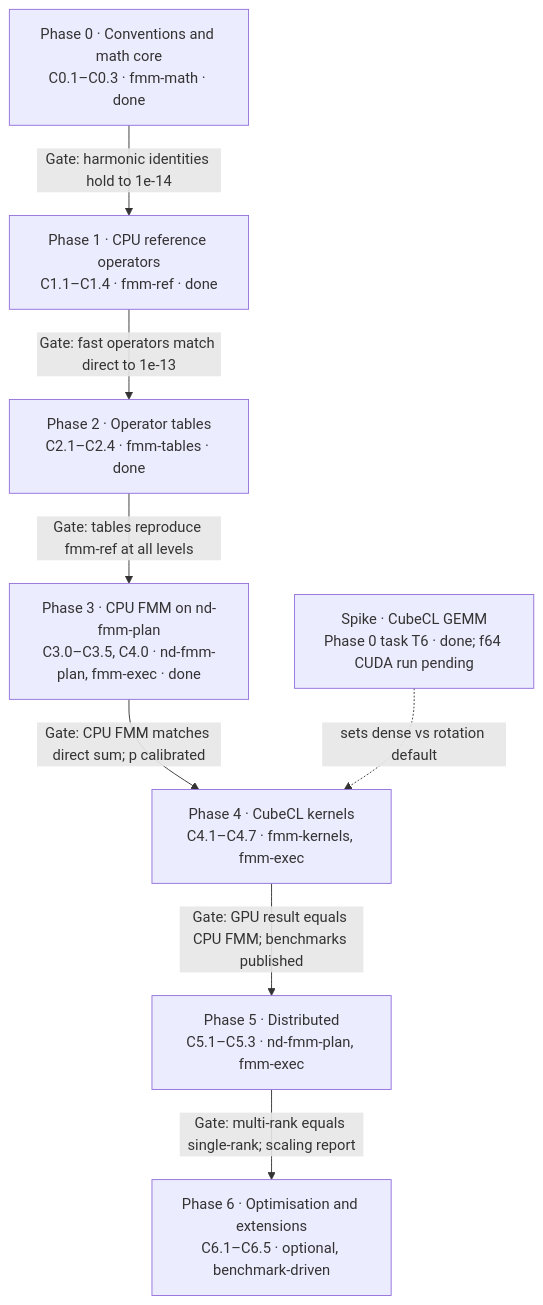
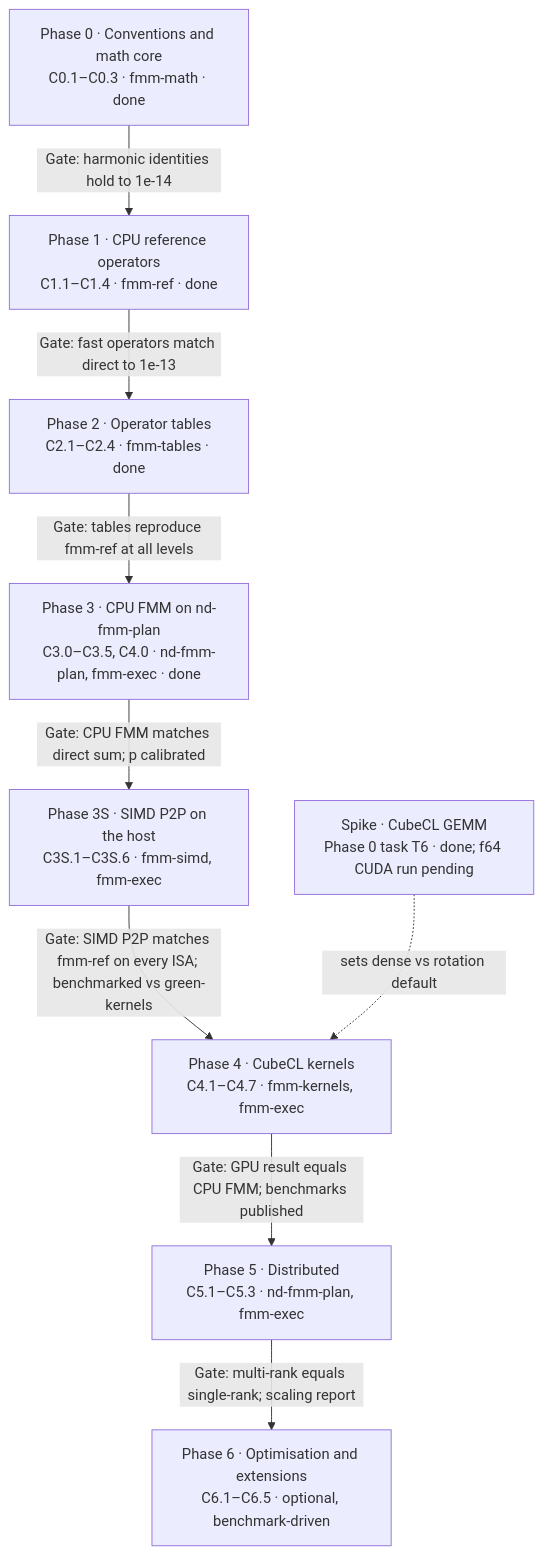
The second of 2 diagrams in docs/design/laplace-fmm-plan.md (tbetcke/fmm), drawn with Mermaid before and after one commit. The commit also changed other lines of this file and 10 other files, not shown here.

First line of the commit message:
Plan Phase 3S: hand-written SIMD P2P on the host (NEON, AVX2)

````diff
--- a/docs/design/laplace-fmm-plan.md
+++ b/docs/design/laplace-fmm-plan.md
@@ -775,18 +786,20 @@
 ```mermaid
 flowchart TB
   P0["Phase 0 · Conventions and math core<br/>C0.1–C0.3 · fmm-math · done"]
   P1["Phase 1 · CPU reference operators<br/>C1.1–C1.4 · fmm-ref · done"]
   P2["Phase 2 · Operator tables<br/>C2.1–C2.4 · fmm-tables · done"]
   P3["Phase 3 · CPU FMM on nd-fmm-plan<br/>C3.0–C3.5, C4.0 · nd-fmm-plan, fmm-exec · done"]
+  P3S["Phase 3S · SIMD P2P on the host<br/>C3S.1–C3S.6 · fmm-simd, fmm-exec"]
   P4["Phase 4 · CubeCL kernels<br/>C4.1–C4.7 · fmm-kernels, fmm-exec"]
   P5["Phase 5 · Distributed<br/>C5.1–C5.3 · nd-fmm-plan, fmm-exec"]
   P6["Phase 6 · Optimisation and extensions<br/>C6.1–C6.5 · optional, benchmark-driven"]
   S["Spike · CubeCL GEMM<br/>Phase 0 task T6 · done; f64 CUDA run pending"]
   P0 -- "Gate: harmonic identities hold to 1e-14" --> P1
   P1 -- "Gate: fast operators match direct to 1e-13" --> P2
   P2 -- "Gate: tables reproduce fmm-ref at all levels" --> P3
-  P3 -- "Gate: CPU FMM matches direct sum; p calibrated" --> P4
+  P3 -- "Gate: CPU FMM matches direct sum; p calibrated" --> P3S
+  P3S -- "Gate: SIMD P2P matches fmm-ref on every ISA; benchmarked vs green-kernels" --> P4
   P4 -- "Gate: GPU result equals CPU FMM; benchmarks published" --> P5
   P5 -- "Gate: multi-rank equals single-rank; scaling report" --> P6
   S -. "sets dense vs rotation default" .-> P4
 ```
````
